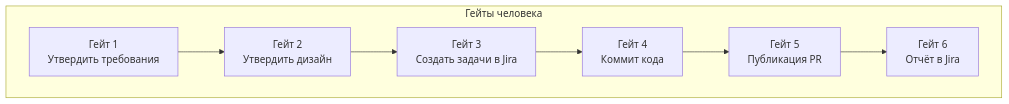
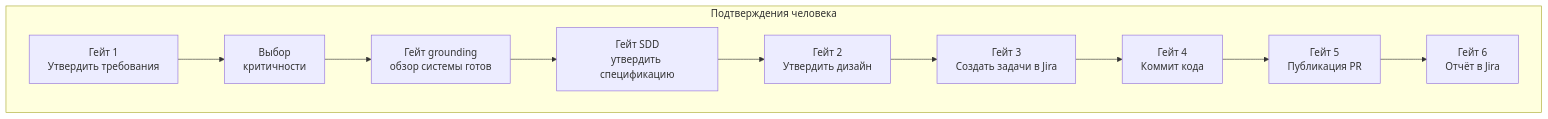
The second of 4 diagrams in forge/docs/pipeline-business.md (i-gabdrahmanov/skills), drawn with Mermaid before and after one commit. The commit also changed other lines of this file and 76 other files, not shown here.

````diff
--- a/forge/docs/pipeline-business.md
+++ b/forge/docs/pipeline-business.md
@@ -66,12 +72,15 @@
 ```mermaid
 flowchart TB
-    subgraph Гейты человека
+    subgraph Подтверждения человека
       G1[Гейт 1<br/>Утвердить требования]
+      GC[Выбор<br/>критичности]
+      GG[Гейт grounding<br/>обзор системы готов]
+      GS[Гейт SDD<br/>утвердить спецификацию]
       G2[Гейт 2<br/>Утвердить дизайн]
       G3[Гейт 3<br/>Создать задачи в Jira]
       G4[Гейт 4<br/>Коммит кода]
       G5[Гейт 5<br/>Публикация PR]
       G6[Гейт 6<br/>Отчёт в Jira]
     end
-    G1 --> G2 --> G3 --> G4 --> G5 --> G6
+    G1 --> GC --> GG --> GS --> G2 --> G3 --> G4 --> G5 --> G6
 ```
````
